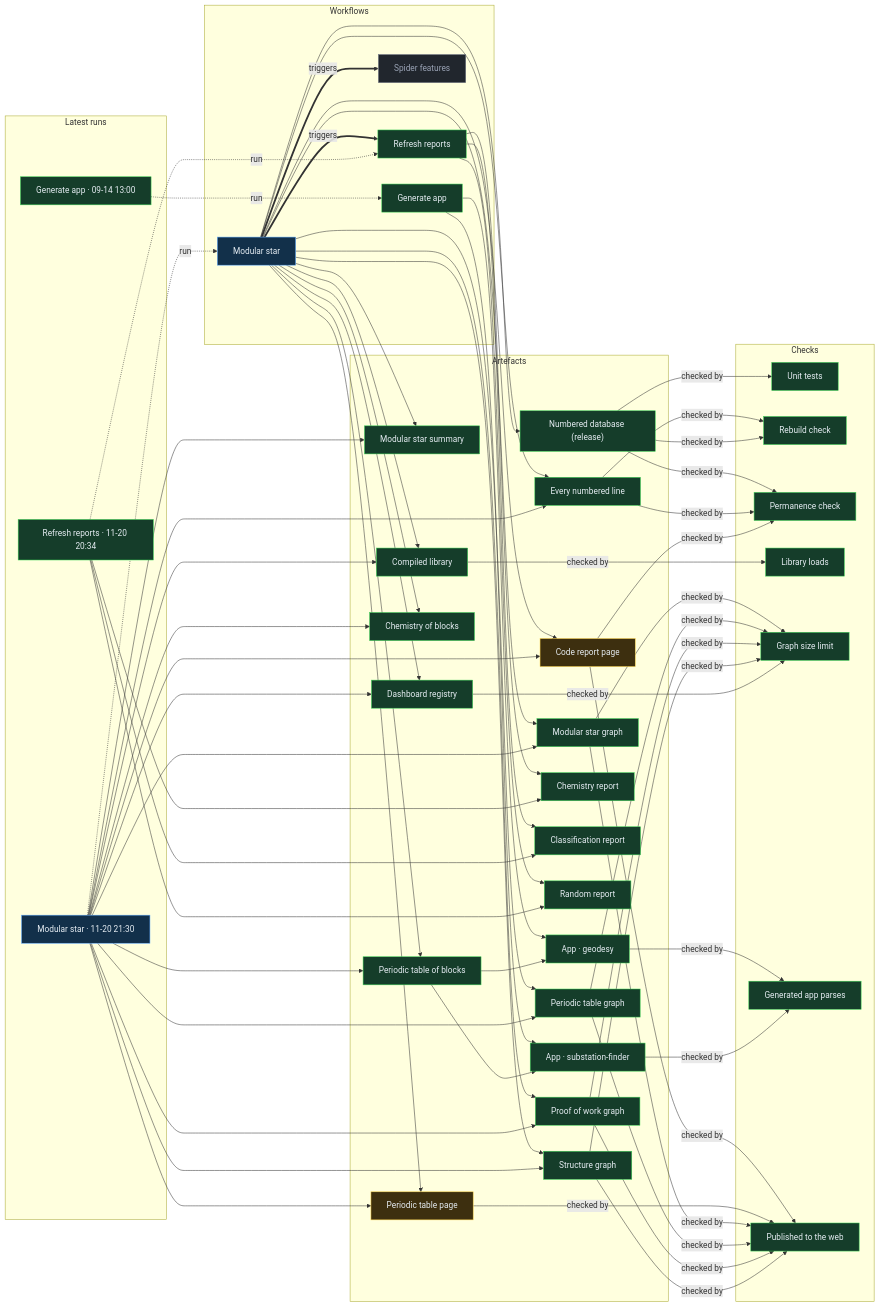
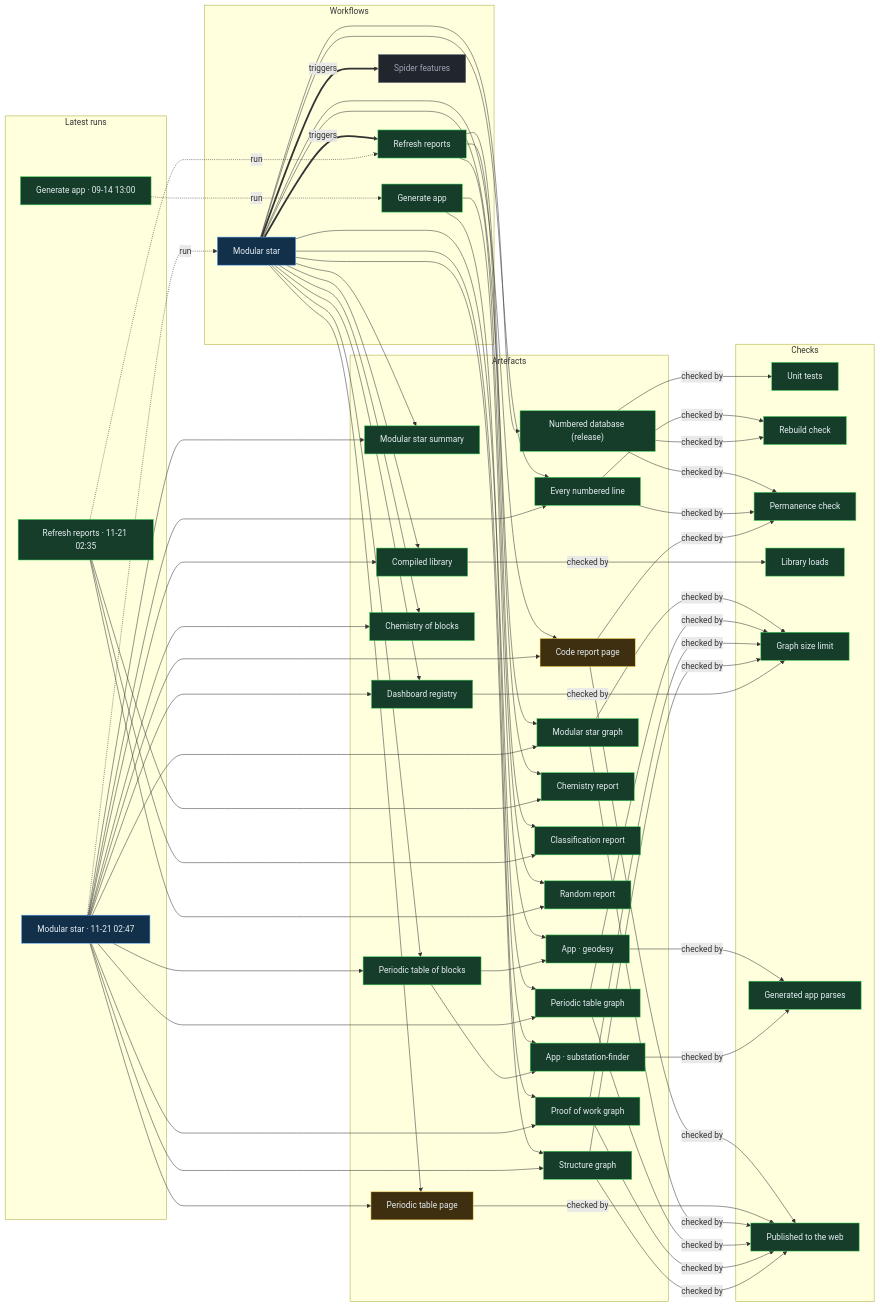
Before and after one commit to Ventusltd/stars: the diagram in proof/PROOF.md, drawn with Mermaid. The commit also changed other lines of this file and 39 other files, not shown here.

Commit message:
Modular star 2026-11-21T02:49Z

```diff
--- a/proof/PROOF.md
+++ b/proof/PROOF.md
@@ -24,8 +24,8 @@
   n_wf_spider_features["Spider features"]:::off
   end
   subgraph g_runs["Latest runs"]
-  n_run_44820871023["Modular star · 11-20 21:30"]:::live
-  n_run_44812613979["Refresh reports · 11-20 20:34"]:::ok
+  n_run_44857757111["Modular star · 11-21 02:47"]:::live
+  n_run_44856700771["Refresh reports · 11-21 02:35"]:::ok
   n_run_34846587798["Generate app · 09-14 13:00"]:::ok
   end
   subgraph g_artefacts["Artefacts"]
@@ -59,39 +59,39 @@
   end
   n_wf_modular_star == triggers ==> n_wf_refresh
   n_wf_modular_star == triggers ==> n_wf_spider_features
-  n_run_44820871023 -. run .-> n_wf_modular_star
-  n_run_44812613979 -. run .-> n_wf_refresh
+  n_run_44857757111 -. run .-> n_wf_modular_star
+  n_run_44856700771 -. run .-> n_wf_refresh
   n_run_34846587798 -. run .-> n_wf_generate
   n_wf_modular_star --> n_art_summary
-  n_run_44820871023 --> n_art_summary
+  n_run_44857757111 --> n_art_summary
   n_wf_modular_star --> n_art_lines
-  n_run_44820871023 --> n_art_lines
+  n_run_44857757111 --> n_art_lines
   n_wf_modular_star --> n_art_code
-  n_run_44820871023 --> n_art_code
+  n_run_44857757111 --> n_art_code
   n_wf_modular_star --> n_art_modular_graph
-  n_run_44820871023 --> n_art_modular_graph
+  n_run_44857757111 --> n_art_modular_graph
   n_wf_modular_star --> n_art_blocks
-  n_run_44820871023 --> n_art_blocks
+  n_run_44857757111 --> n_art_blocks
   n_wf_modular_star --> n_art_table
-  n_run_44820871023 --> n_art_table
+  n_run_44857757111 --> n_art_table
   n_wf_modular_star --> n_art_blocks_graph
-  n_run_44820871023 --> n_art_blocks_graph
+  n_run_44857757111 --> n_art_blocks_graph
   n_wf_modular_star --> n_art_reactions
-  n_run_44820871023 --> n_art_reactions
+  n_run_44857757111 --> n_art_reactions
   n_wf_modular_star --> n_art_library
-  n_run_44820871023 --> n_art_library
+  n_run_44857757111 --> n_art_library
   n_wf_modular_star --> n_art_features
-  n_run_44820871023 --> n_art_features
+  n_run_44857757111 --> n_art_features
   n_wf_modular_star --> n_art_proof
-  n_run_44820871023 --> n_art_proof
+  n_run_44857757111 --> n_art_proof
   n_wf_modular_star --> n_art_structure
-  n_run_44820871023 --> n_art_structure
+  n_run_44857757111 --> n_art_structure
   n_wf_refresh --> n_art_chemistry
-  n_run_44812613979 --> n_art_chemistry
+  n_run_44856700771 --> n_art_chemistry
   n_wf_refresh --> n_art_vedic
-  n_run_44812613979 --> n_art_vedic
+  n_run_44856700771 --> n_art_vedic
   n_wf_refresh --> n_art_random
-  n_run_44812613979 --> n_art_random
+  n_run_44856700771 --> n_art_random
   n_wf_modular_star --> n_art_release
   n_wf_generate --> n_app_geodesy
   n_art_blocks --> n_app_geodesy
```
